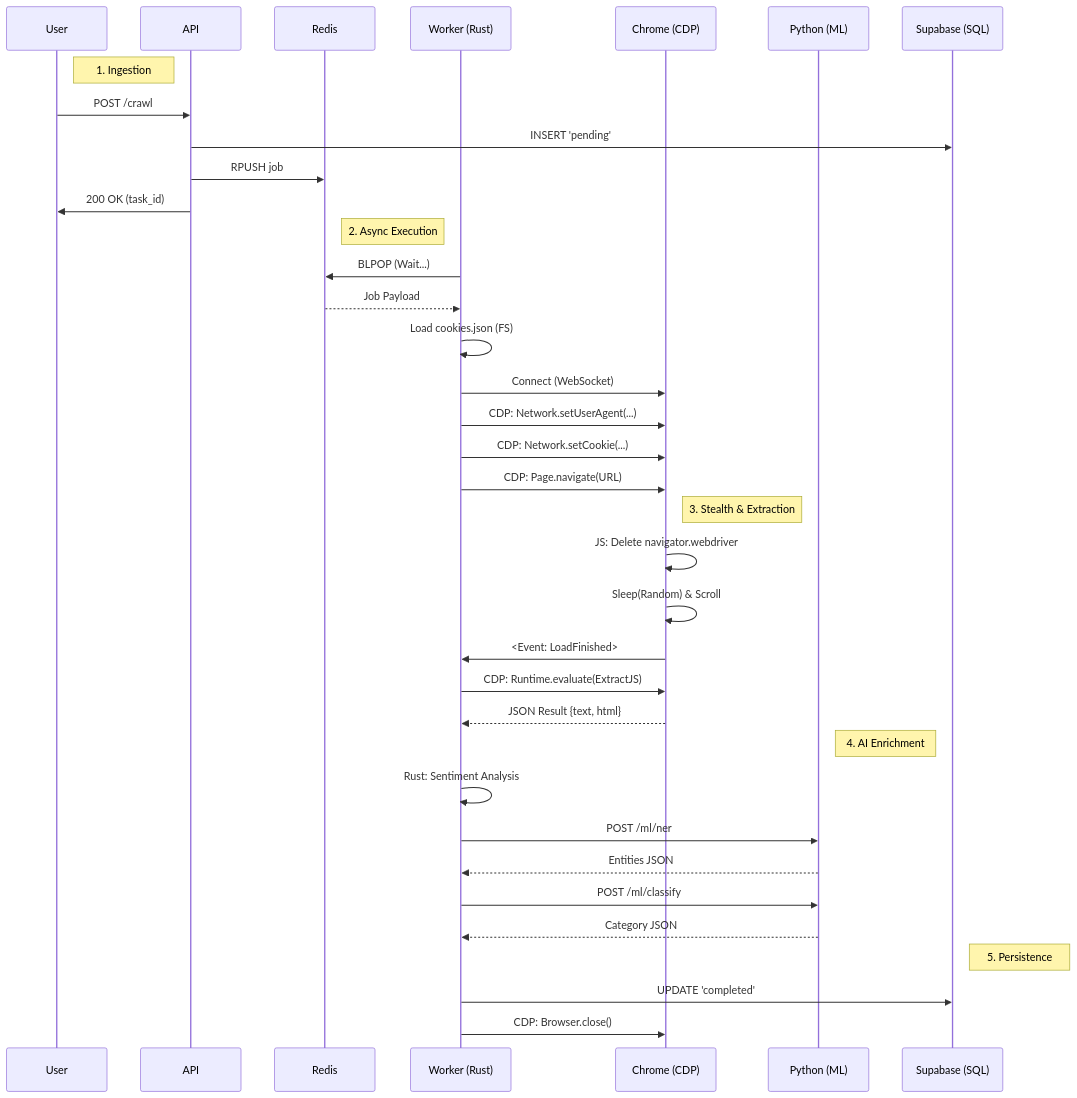
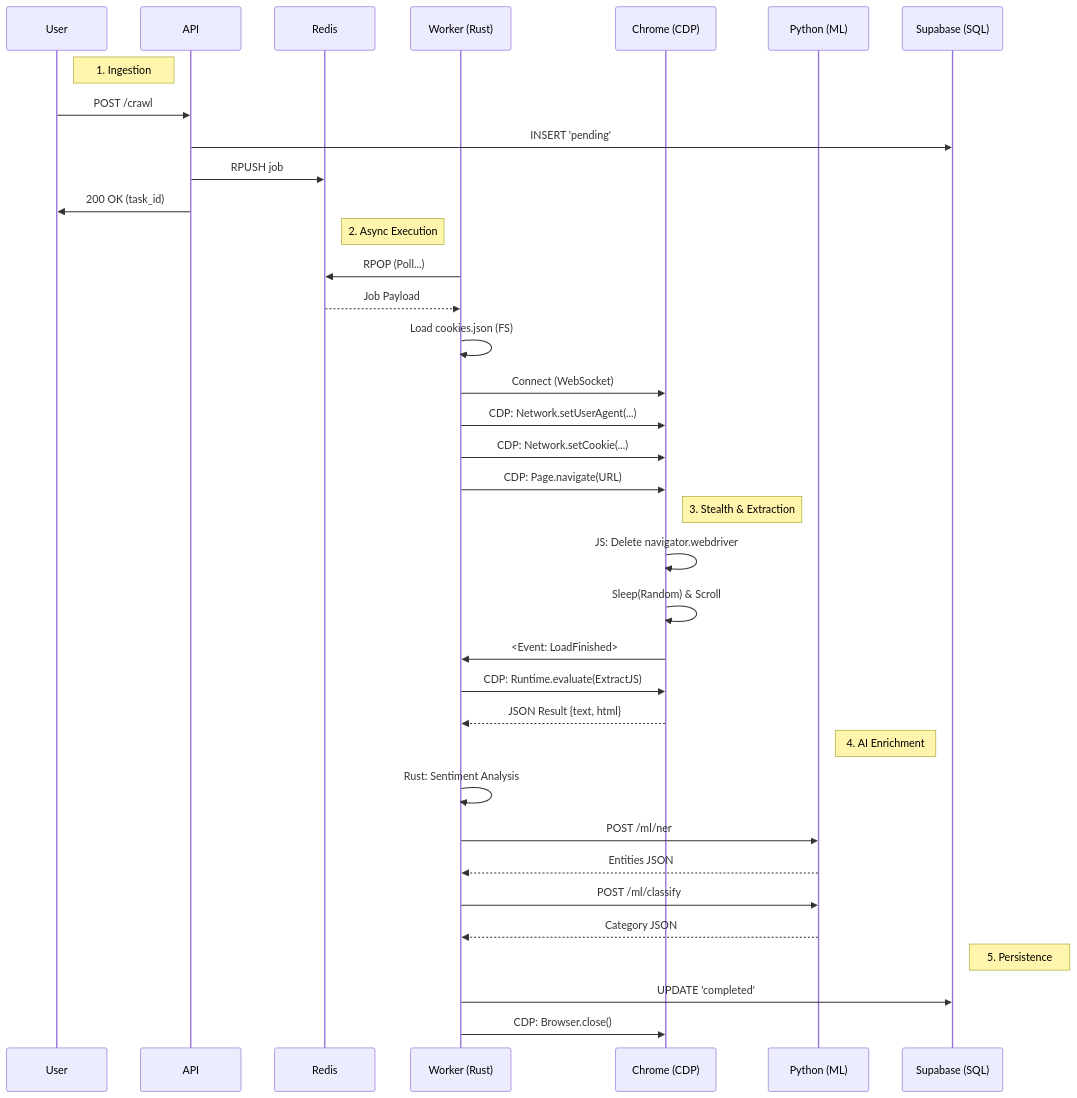
One commit to pretamane/bing-crawling-api changed the second of 2 diagrams in rust-crawler/docs/SYSTEM_ARCHITECTURE.md. Above: the diagram before and after it, drawn with Mermaid. The commit also changed other lines of this file, not shown here.

````diff
--- a/rust-crawler/docs/SYSTEM_ARCHITECTURE.md
+++ b/rust-crawler/docs/SYSTEM_ARCHITECTURE.md
@@ -156,44 +195,44 @@
 ```mermaid
 sequenceDiagram
     participant U as User
     participant A as API
     participant R as Redis
     participant W as Worker (Rust)
     participant C as Chrome (CDP)
     participant P as Python (ML)
     participant D as Supabase (SQL)
     
     Note right of U: 1. Ingestion
     U->>A: POST /crawl
     A->>D: INSERT 'pending'
     A->>R: RPUSH job
     A->>U: 200 OK (task_id)
     
     Note right of R: 2. Async Execution
-    W->>R: BLPOP (Wait...)
+    W->>R: RPOP (Poll...)
     R-->>W: Job Payload
     W->>W: Load cookies.json (FS)
     
     W->>C: Connect (WebSocket)
     W->>C: CDP: Network.setUserAgent(...)
     W->>C: CDP: Network.setCookie(...)
     W->>C: CDP: Page.navigate(URL)
     
     Note right of C: 3. Stealth & Extraction
     C->>C: JS: Delete navigator.webdriver
     C->>C: Sleep(Random) & Scroll
     C->>W: <Event: LoadFinished>
     W->>C: CDP: Runtime.evaluate(ExtractJS)
     C-->>W: JSON Result {text, html}
     
     Note right of P: 4. AI Enrichment
     W->>W: Rust: Sentiment Analysis
     W->>P: POST /ml/ner
     P-->>W: Entities JSON
     W->>P: POST /ml/classify
     P-->>W: Category JSON
     
     Note right of D: 5. Persistence
     W->>D: UPDATE 'completed'
     W->>C: CDP: Browser.close()
 ```
````
